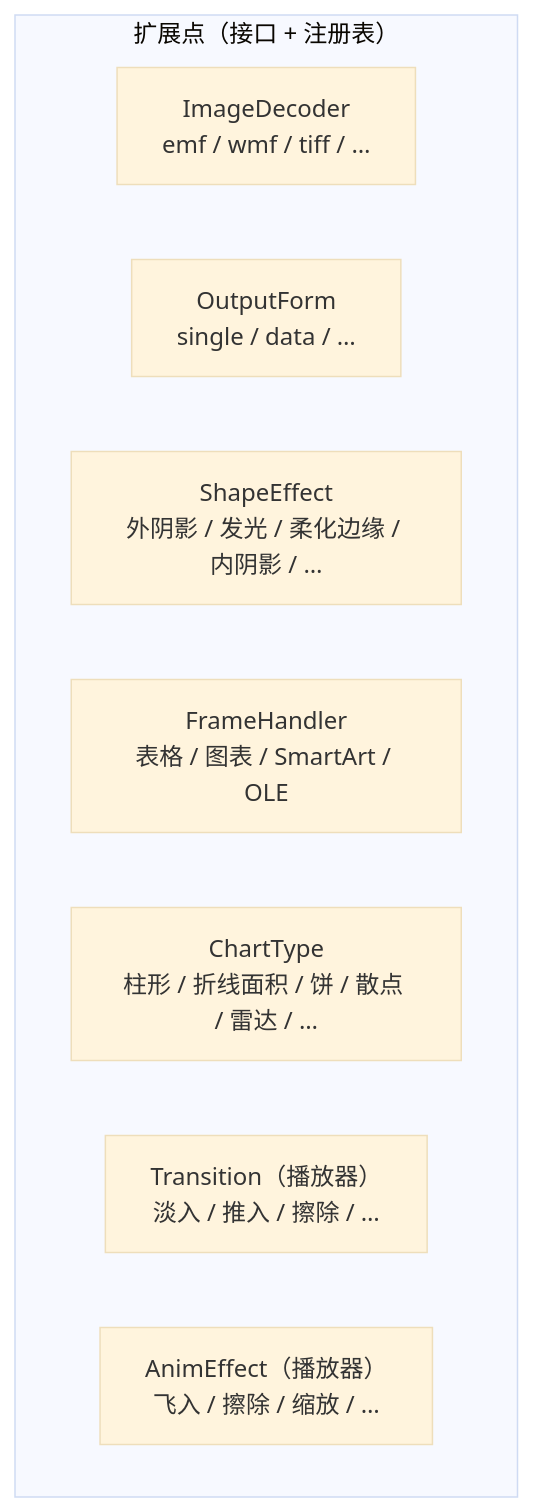
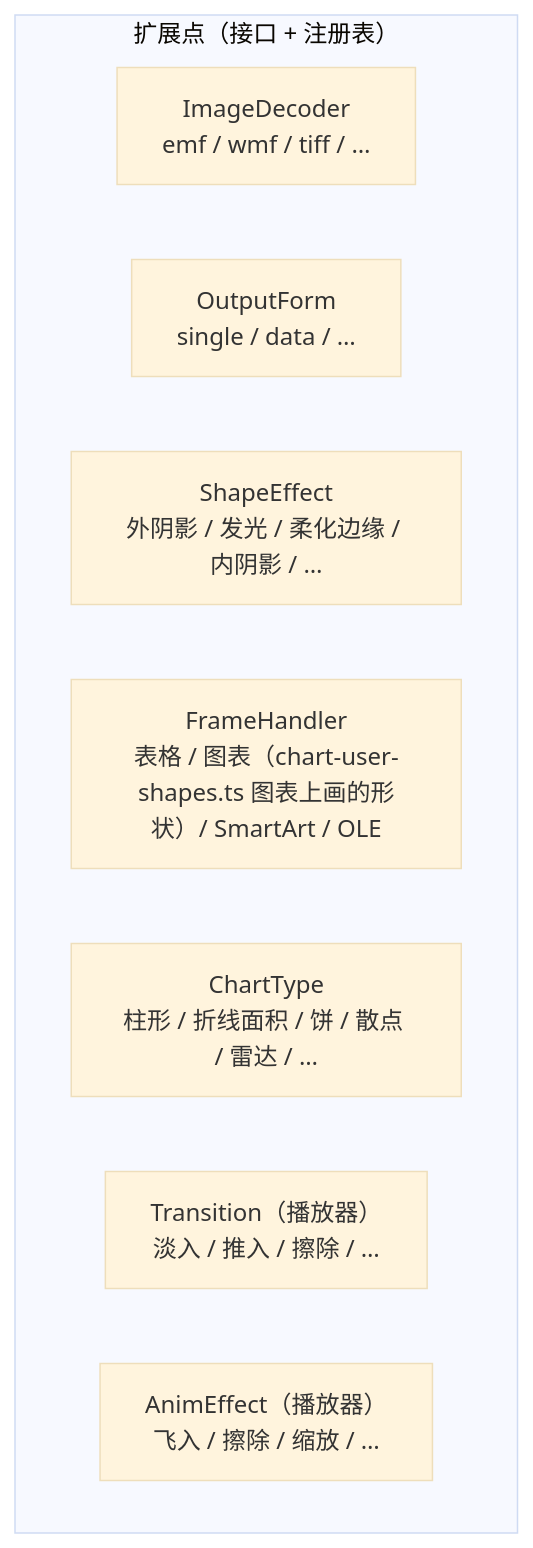
Before and after one commit to spitmaster/unppt: the fourth of 5 diagrams in docs/architecture.md, drawn with Mermaid (base theme). The commit also changed other lines of this file and 24 other files, not shown here.

First line of the commit message:
feat: 图表上画的形状（c:userShapes）；数据标签按点的源格式；删掉的自动次坐标轴用主轴刻度；拖出图表的标签夹回图表里

````diff
--- a/docs/architecture.md
+++ b/docs/architecture.md
@@ -112,12 +112,12 @@
 ```mermaid
 flowchart TB
   subgraph ext[扩展点（接口 + 注册表）]
     dec[ImageDecoder<br/>emf / wmf / tiff / …]
     of[OutputForm<br/>single / data / …]
     eff[ShapeEffect<br/>外阴影 / 发光 / 柔化边缘 / 内阴影 / …]
-    frame[FrameHandler<br/>表格 / 图表 / SmartArt / OLE]
+    frame[FrameHandler<br/>表格 / 图表（chart-user-shapes.ts 图表上画的形状）/ SmartArt / OLE]
     ct[ChartType<br/>柱形 / 折线面积 / 饼 / 散点 / 雷达 / …]
     tr[Transition（播放器）<br/>淡入 / 推入 / 擦除 / …]
     ae[AnimEffect（播放器）<br/>飞入 / 擦除 / 缩放 / …]
   end
 ```
````
